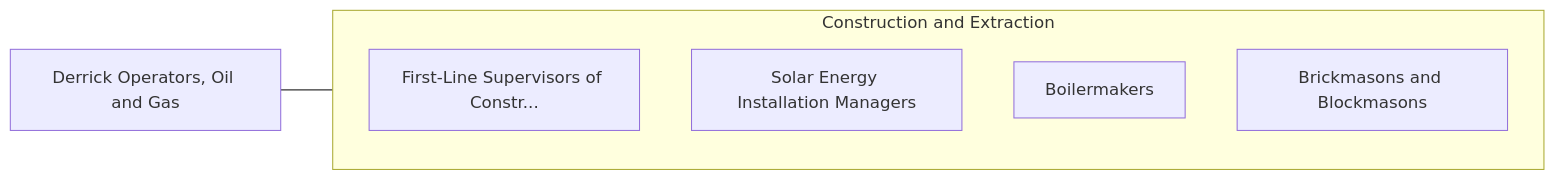
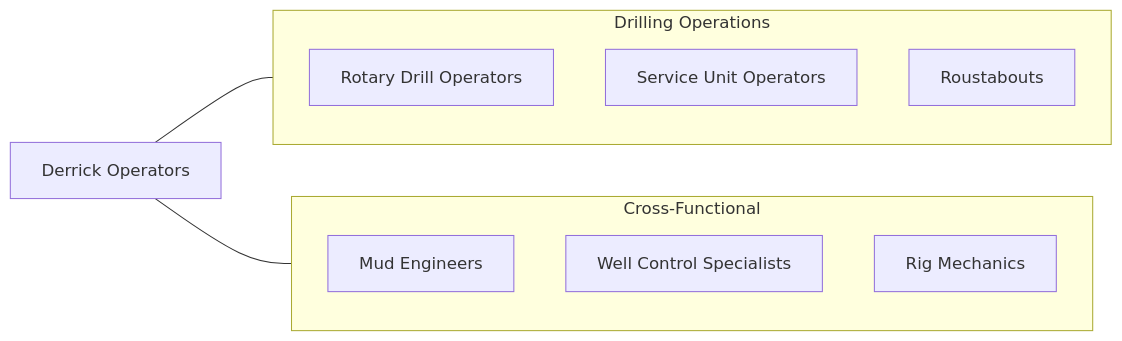
Before and after one commit to kziemski/business.org.ai: the fourth of 4 diagrams in occupations/Construction/DerrickOperatorsOilAndGas.mdx, drawn with Mermaid. The commit also changed other lines of this file and 938 other files, not shown here.

````diff
--- a/occupations/Construction/DerrickOperatorsOilAndGas.mdx
+++ b/occupations/Construction/DerrickOperatorsOilAndGas.mdx
@@ -109,13 +207,19 @@
 ```mermaid
 graph LR
-    Current["Derrick Operators, Oil and Gas"]
+    Current["Derrick Operators"]
 
-    subgraph SameCategory["Construction and Extraction"]
-        FirstLineSupervisors["First-Line Supervisors of Constr..."]
-        SolarEnergyInstallat["Solar Energy Installation Managers"]
-        Boilermakers["Boilermakers"]
-        BrickmasonsAndBlockm["Brickmasons and Blockmasons"]
+    subgraph SameCategory["Drilling Operations"]
+        Rotary["Rotary Drill Operators"]
+        Service["Service Unit Operators"]
+        Roustabout["Roustabouts"]
+    end
+
+    subgraph CrossFunctional["Cross-Functional"]
+        MudEng["Mud Engineers"]
+        WellControl["Well Control Specialists"]
+        RigMech["Rig Mechanics"]
     end
 
     Current --- SameCategory
+    Current --- CrossFunctional
 ```
````
